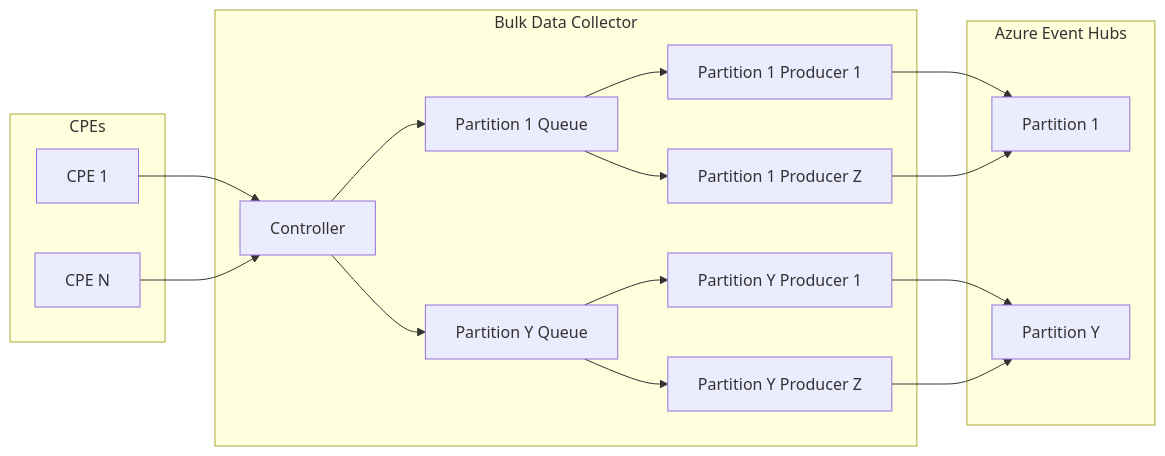
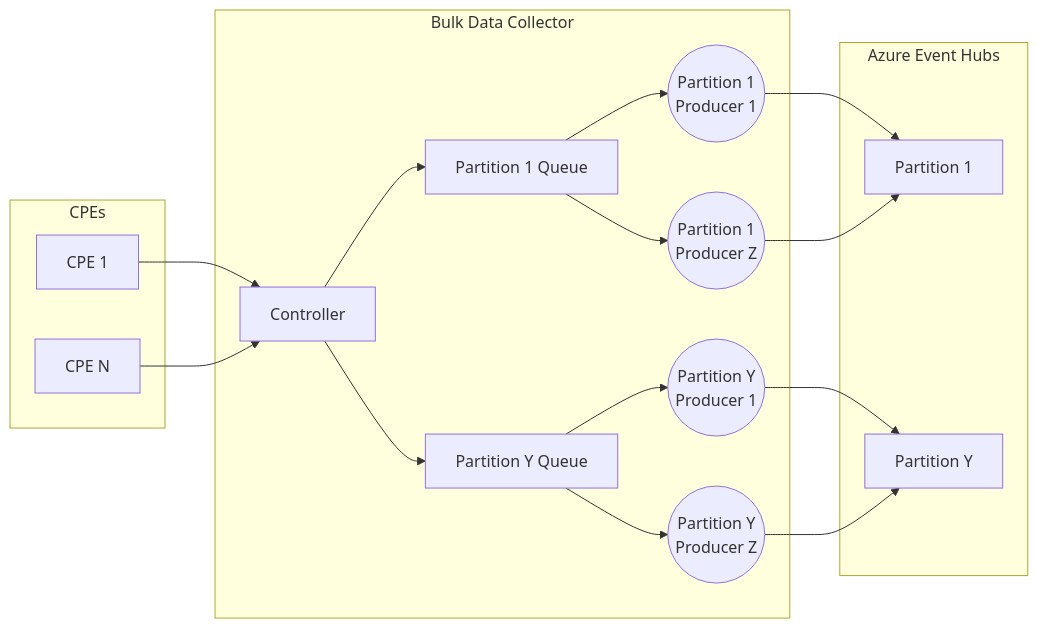
Before and after one commit to zdrgeo/bulk-data-collector: the second of 2 diagrams in readme.md, drawn with Mermaid. The commit also changed other lines of this file, not shown here.

````diff
--- a/readme.md
+++ b/readme.md
@@ -36,22 +34,22 @@
 ```mermaid
 graph LR
     subgraph BDC[Bulk Data Collector]
         C[Controller]
         C --> P1Q[Partition 1 Queue]
-        P1Q --> P1P1[Partition 1 Producer 1]
-        P1Q --> P1Pz[Partition 1 Producer Z]
+        P1Q --> P1P1((Partition 1<br/>Producer 1))
+        P1Q --> P1Pz((Partition 1<br/>Producer Z))
         C --> PyQ[Partition Y Queue]
-        PyQ --> PyP1[Partition Y Producer 1]
-        PyQ --> PyPz[Partition Y Producer Z]
+        PyQ --> PyP1((Partition Y<br/>Producer 1))
+        PyQ --> PyPz((Partition Y<br/>Producer Z))
     end
     subgraph CPEs[CPEs]
         CPE1[CPE 1] --> C
         CPEn[CPE N] --> C
     end
     subgraph AEH[Azure Event Hubs]
         P1P1 --> P1[Partition 1]
         P1Pz --> P1[Partition 1]
         PyP1 --> Py[Partition Y]
         PyPz --> Py[Partition Y]
     end
 ```
````
